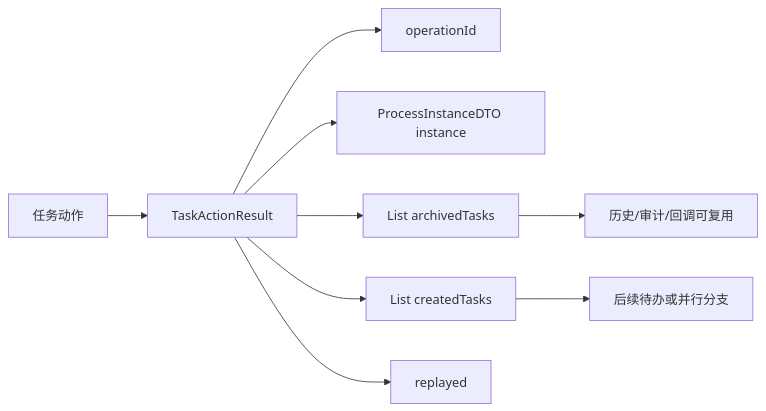
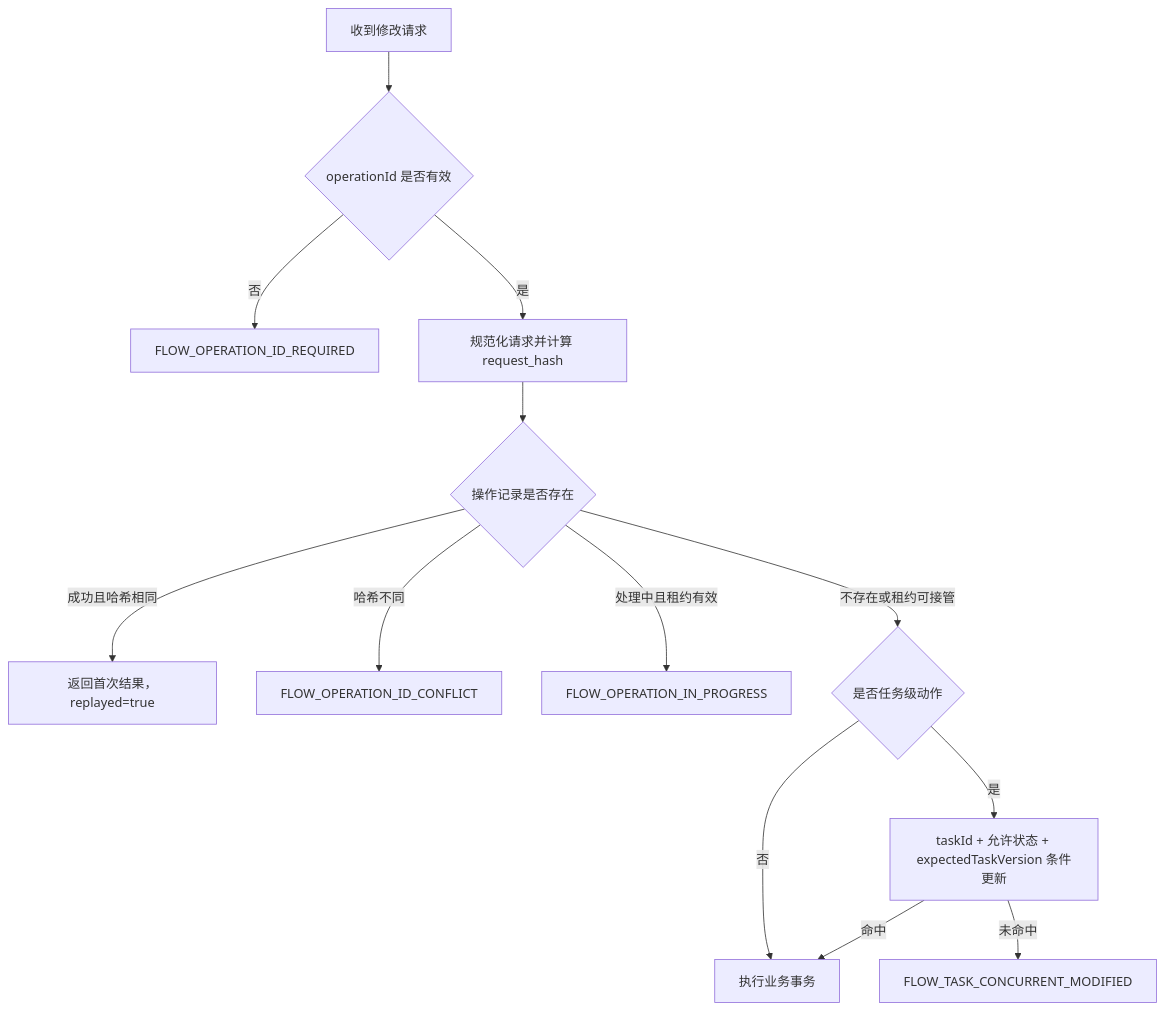
The third of 8 diagrams in doc/实习生B/流程平台技术文档_实习生B.md (ZQ7777777/flow-mind), drawn with Mermaid before and after one commit. The commit also changed other lines of this file, not shown here.

````diff
--- a/doc/实习生B/流程平台技术文档_实习生B.md
+++ b/doc/实习生B/流程平台技术文档_实习生B.md
@@ -170,11 +151,15 @@
 ```mermaid
-flowchart LR
-    Action["任务动作"] --> Result["TaskActionResult"]
-    Result --> O["operationId"]
-    Result --> I["ProcessInstanceDTO instance"]
-    Result --> H["List<HistoryTaskDTO> archivedTasks"]
-    Result --> N["List<TaskDTO> createdTasks"]
-    Result --> Replay["replayed"]
-    H --> Trace["历史/审计/回调可复用"]
-    N --> Next["后续待办或并行分支"]
+flowchart TD
+    R["收到修改请求"] --> O{"operationId 是否有效"}
+    O -->|否| Required["FLOW_OPERATION_ID_REQUIRED"]
+    O -->|是| H["规范化请求并计算 request_hash"]
+    H --> I{"操作记录是否存在"}
+    I -->|成功且哈希相同| Replay["返回首次结果，replayed=true"]
+    I -->|哈希不同| Conflict["FLOW_OPERATION_ID_CONFLICT"]
+    I -->|处理中且租约有效| Busy["FLOW_OPERATION_IN_PROGRESS"]
+    I -->|不存在或租约可接管| T{"是否任务级动作"}
+    T -->|否| Tx["执行业务事务"]
+    T -->|是| CAS["taskId + 允许状态 + expectedTaskVersion 条件更新"]
+    CAS -->|未命中| Concurrent["FLOW_TASK_CONCURRENT_MODIFIED"]
+    CAS -->|命中| Tx
 ```
````
